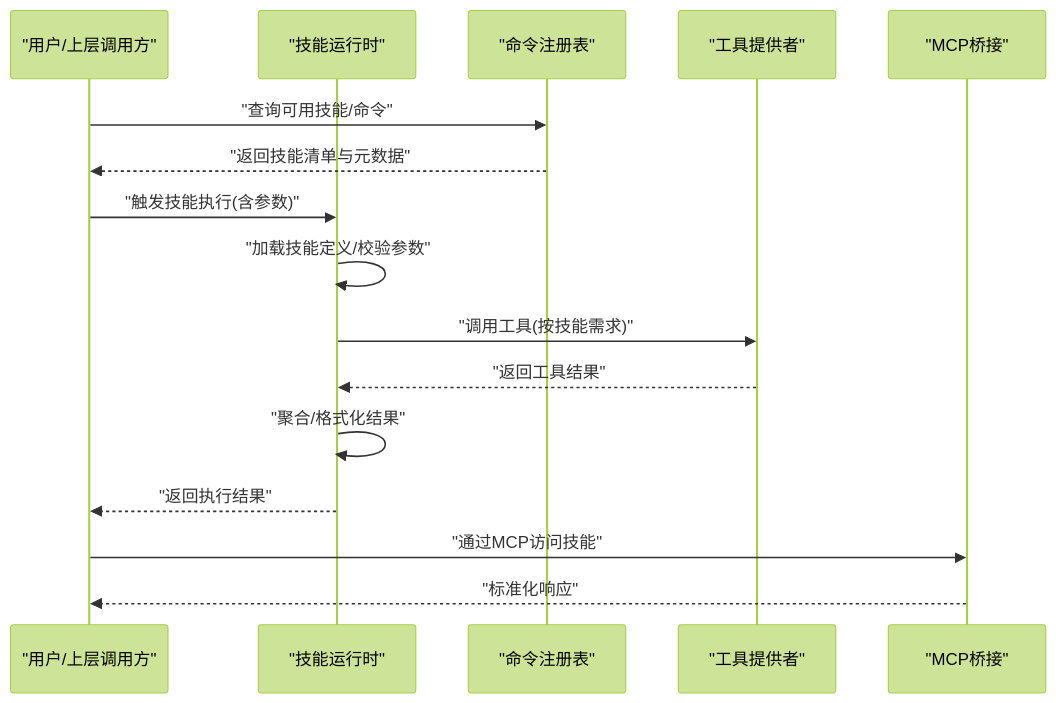
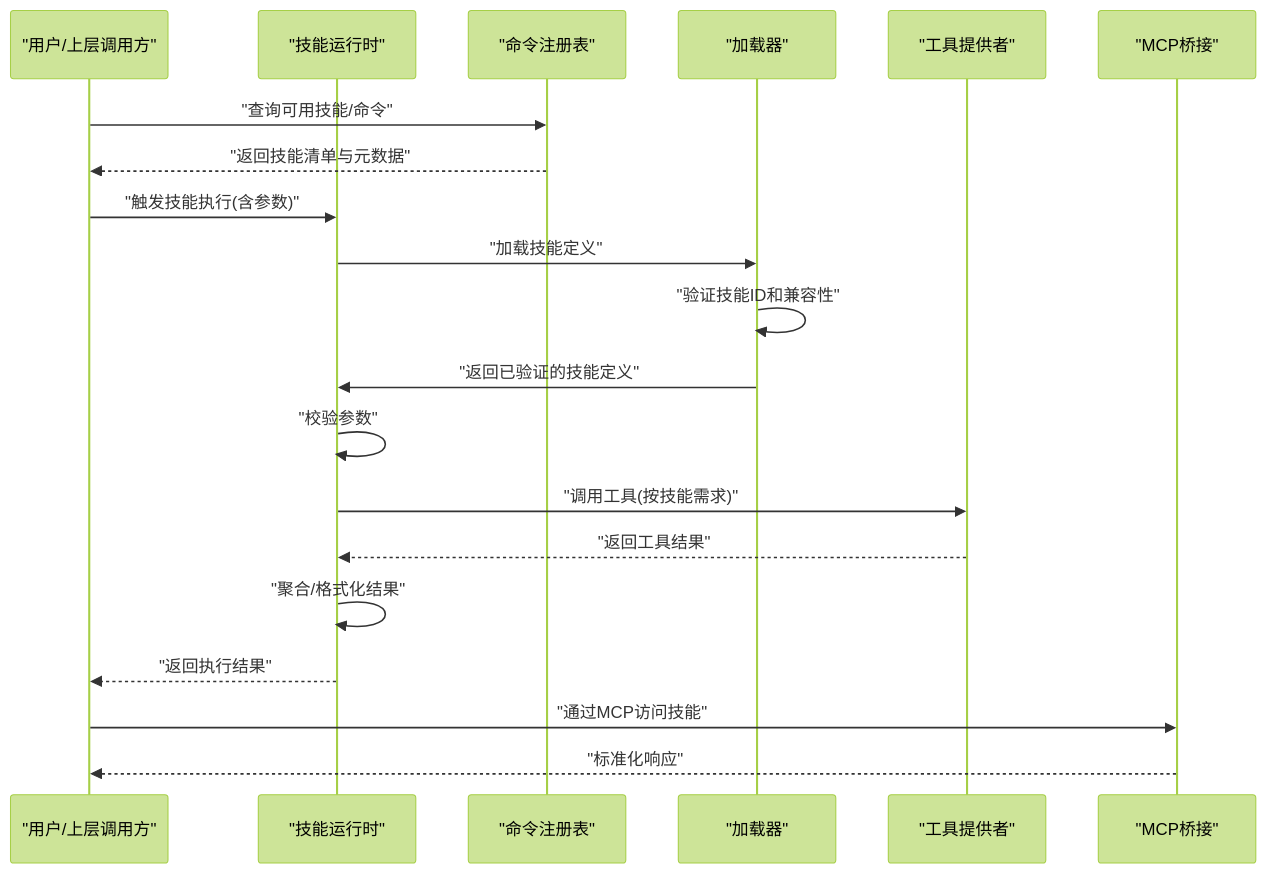
Before and after one commit to kkutysllb/KCoder: the second of 4 diagrams in .qoder/repowiki/zh/content/技能系统/技能系统.md, drawn with Mermaid (forest theme). The commit also changed other lines of this file and 10 other files, not shown here.

````diff
--- a/.qoder/repowiki/zh/content/技能系统/技能系统.md
+++ b/.qoder/repowiki/zh/content/技能系统/技能系统.md
@@ -157,18 +180,22 @@
 ```mermaid
 sequenceDiagram
 participant U as "用户/上层调用方"
 participant R as "技能运行时"
 participant REG as "命令注册表"
+participant L as "加载器"
 participant T as "工具提供者"
 participant MCP as "MCP桥接"
 U->>REG : "查询可用技能/命令"
 REG-->>U : "返回技能清单与元数据"
 U->>R : "触发技能执行(含参数)"
-R->>R : "加载技能定义/校验参数"
+R->>L : "加载技能定义"
+L->>L : "验证技能ID和兼容性"
+L->>R : "返回已验证的技能定义"
+R->>R : "校验参数"
 R->>T : "调用工具(按技能需求)"
 T-->>R : "返回工具结果"
 R->>R : "聚合/格式化结果"
 R-->>U : "返回执行结果"
 U->>MCP : "通过MCP访问技能"
 MCP-->>U : "标准化响应"
 ```
````
